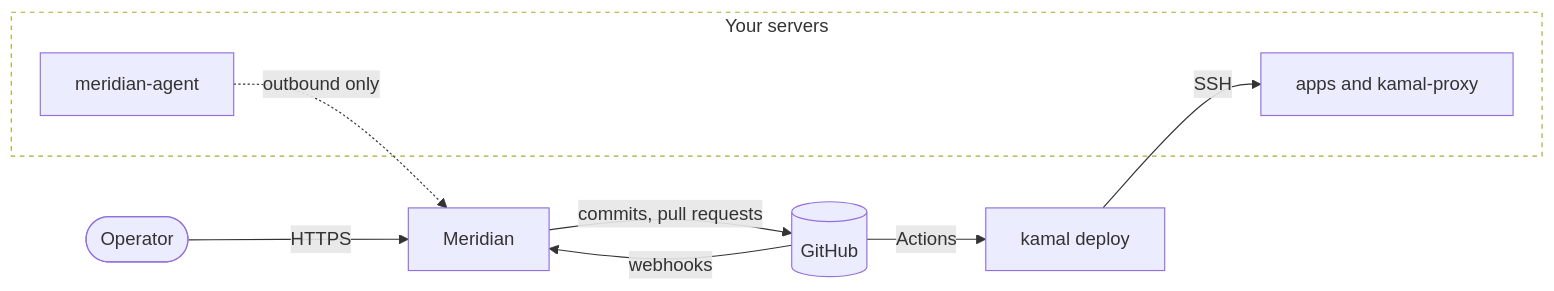
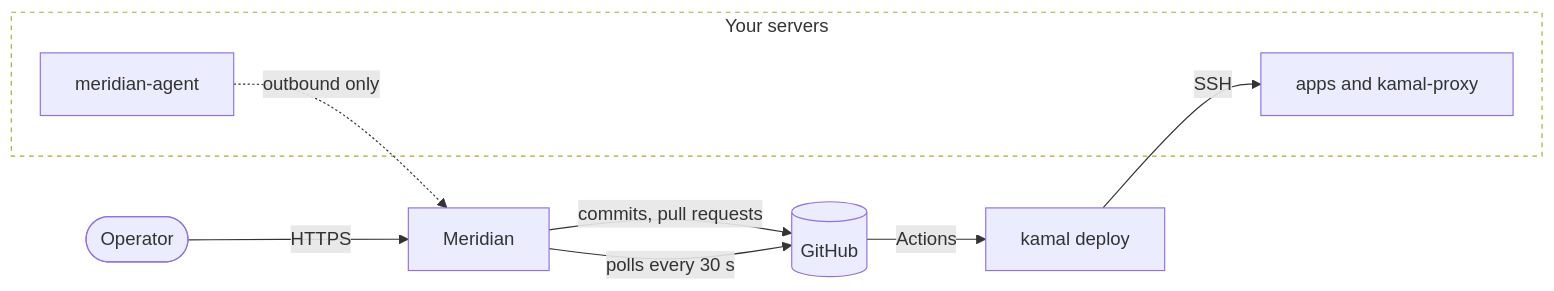
Before and after one commit to bigint/meridian: the diagram in docs/index.mdx, drawn with Mermaid. The commit also changed 40 other files, not shown here.

First line of the commit message:
feat!: drop GitHub webhooks; poll GitHub every 30 seconds

````diff
--- a/docs/index.mdx
+++ b/docs/index.mdx
@@ -60,14 +60,14 @@
 ```mermaid
 flowchart LR
   op([Operator]) -->|HTTPS| m[Meridian]
   m -->|"commits, pull requests"| gh[(GitHub)]
-  gh -->|webhooks| m
+  m -->|polls every 30 s| gh
   gh -->|Actions| k["kamal deploy"]
   k -->|SSH| apps
   subgraph servers ["Your servers"]
     apps["apps and kamal-proxy"]
     agent["meridian-agent"]
   end
   agent -.->|"outbound only"| m
   style servers fill:none,stroke-dasharray:4 4
 ```
````
